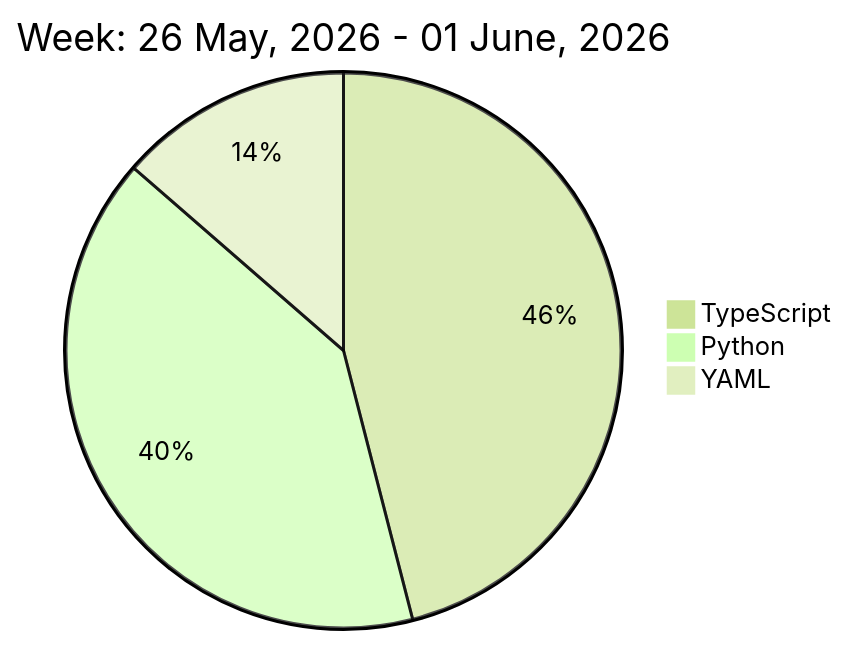
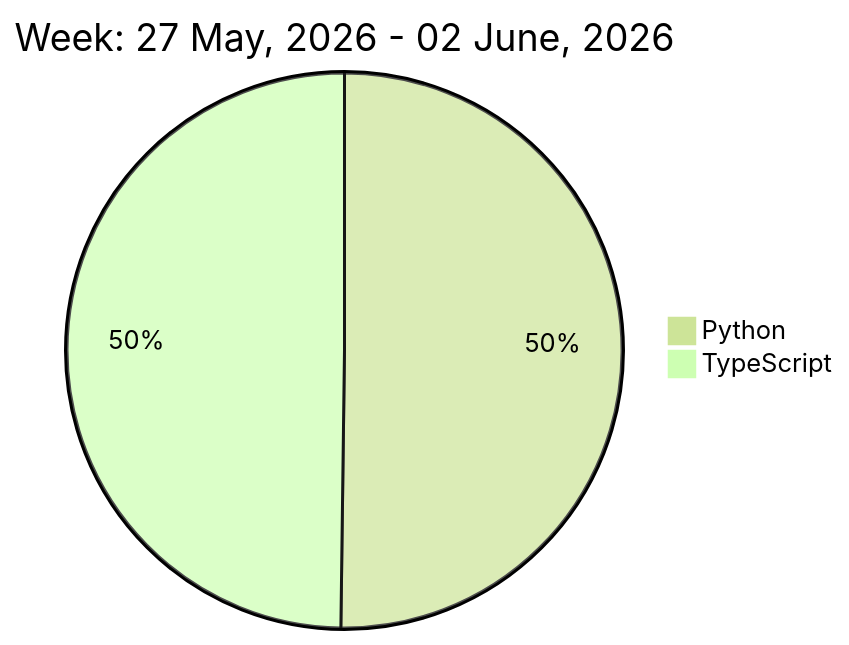
One commit to liubin95/liubin95 changed the diagram in README.md. Above: the diagram before and after it, drawn with Mermaid (forest theme).

Commit message:
Updated the Graph with new Metrics

````diff
--- a/README.md
+++ b/README.md
@@ -32,7 +32,6 @@
 ```mermaid
  pie
-title Week: 26 May, 2026 - 01 June, 2026
- "TypeScript" : 6.83
- "Python" : 6.0
- "YAML" : 2.02
+title Week: 27 May, 2026 - 02 June, 2026
+ "Python" : 6.05
+ "TypeScript" : 6.0
 ```
````
